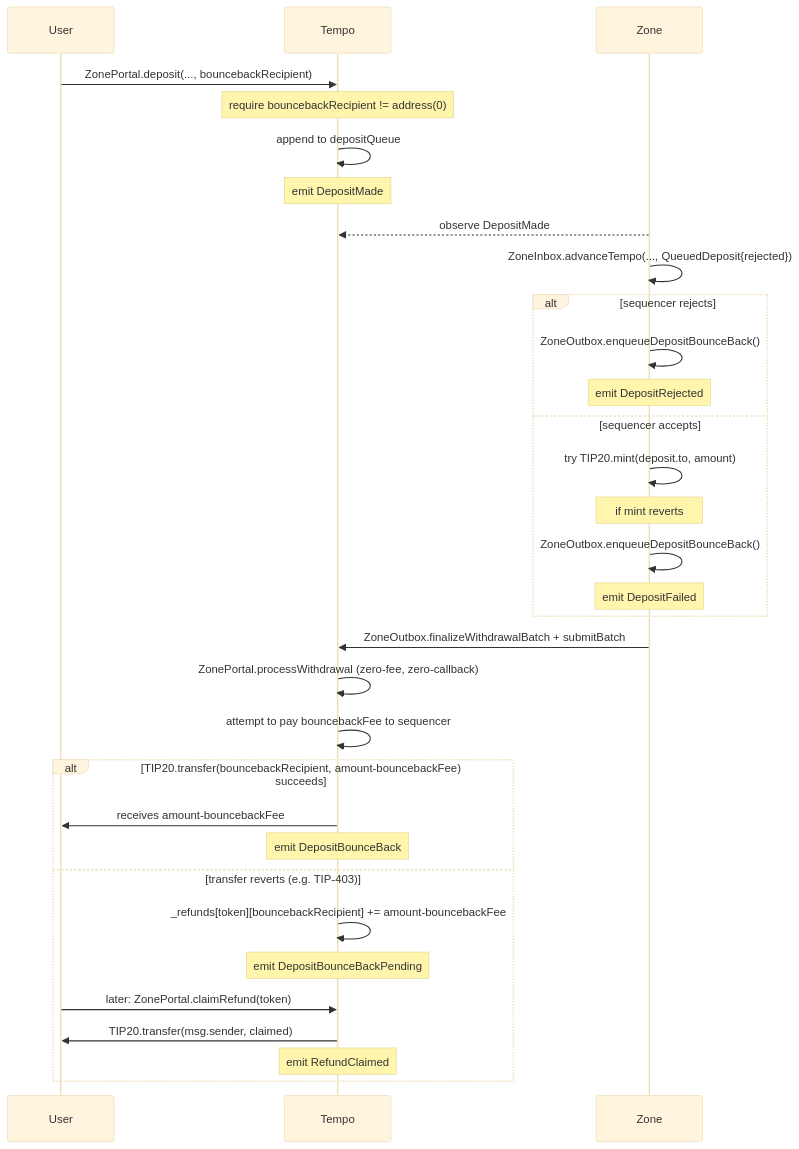
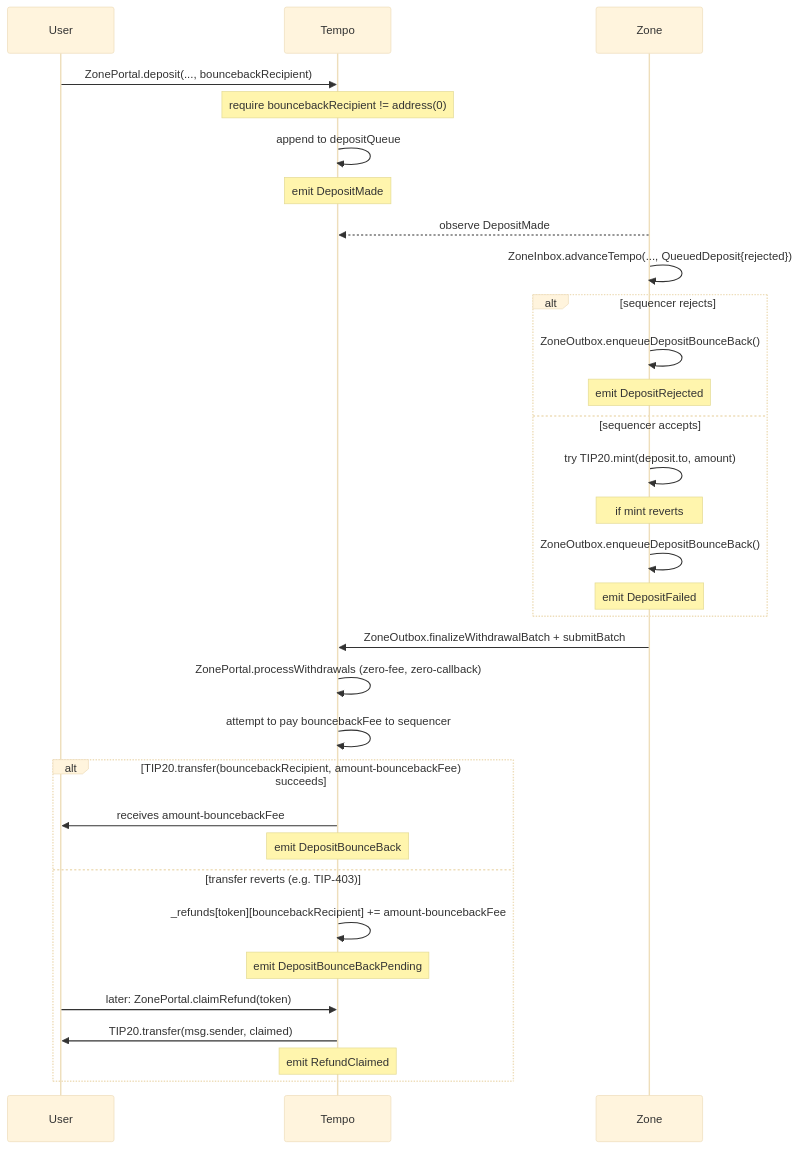
One commit to Dustin4444/zones changed the fourth of 6 diagrams in specs/spec.md. Above: the diagram before and after it, drawn with Mermaid (base theme). The commit also changed other lines of this file and 18 other files, not shown here.

Commit message:
feat: batch portal withdrawals

````diff
--- a/specs/spec.md
+++ b/specs/spec.md
@@ -530,35 +530,35 @@
 ```mermaid
 sequenceDiagram
     participant U as User
     participant T as Tempo
     participant Z as Zone
 
     U->>T: ZonePortal.deposit(..., bouncebackRecipient)
     Note over T: require bouncebackRecipient != address(0)
     T->>T: append to depositQueue
     Note over T: emit DepositMade
     Z-->>T: observe DepositMade
     Z->>Z: ZoneInbox.advanceTempo(..., QueuedDeposit{rejected})
     alt sequencer rejects
         Z->>Z: ZoneOutbox.enqueueDepositBounceBack()
         Note over Z: emit DepositRejected
     else sequencer accepts
         Z->>Z: try TIP20.mint(deposit.to, amount)
         Note over Z: if mint reverts
         Z->>Z: ZoneOutbox.enqueueDepositBounceBack()
         Note over Z: emit DepositFailed
     end
     Z->>T: ZoneOutbox.finalizeWithdrawalBatch + submitBatch
-    T->>T: ZonePortal.processWithdrawal (zero-fee, zero-callback)
+    T->>T: ZonePortal.processWithdrawals (zero-fee, zero-callback)
     T->>T: attempt to pay bouncebackFee to sequencer
     alt TIP20.transfer(bouncebackRecipient, amount-bouncebackFee) succeeds
         T->>U: receives amount-bouncebackFee
         Note over T: emit DepositBounceBack
     else transfer reverts (e.g. TIP-403)
         T->>T: _refunds[token][bouncebackRecipient] += amount-bouncebackFee
         Note over T: emit DepositBounceBackPending
         U->>T: later: ZonePortal.claimRefund(token)
         T->>U: TIP20.transfer(msg.sender, claimed)
         Note over T: emit RefundClaimed
     end
 ```
````
